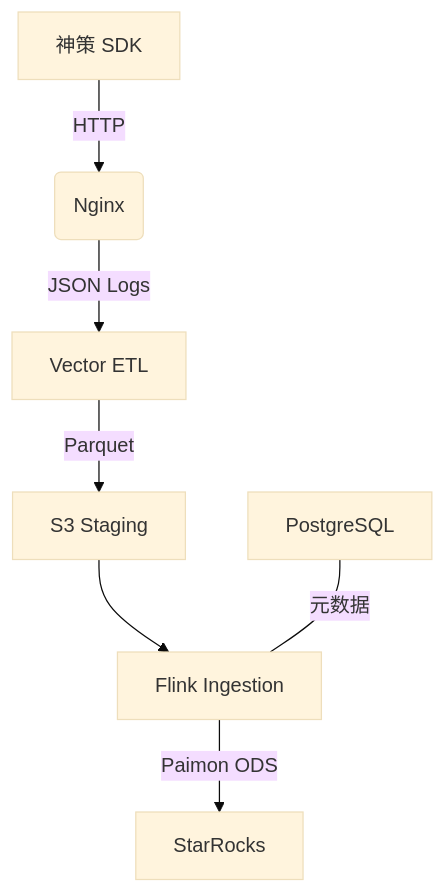
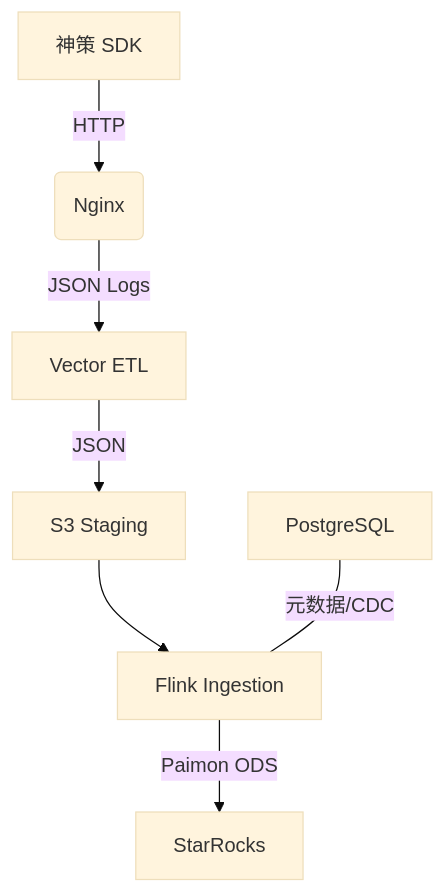
One commit to zhangchengxiang-ctrl/Lakehouse-track changed the diagram in README.md. Above: the diagram before and after it, drawn with Mermaid (base theme). The commit also changed other lines of this file and 36 other files, not shown here.

````diff
--- a/README.md
+++ b/README.md
@@ -14,9 +26,9 @@
 ```mermaid
 graph TD
     A[神策 SDK] -->|HTTP| B(Nginx)
     B -->|JSON Logs| C[Vector ETL]
-    C -->|Parquet| D[S3 Staging]
+    C -->|JSON| D[S3 Staging]
     D --> E[Flink Ingestion]
-    F[PostgreSQL] ---|元数据| E
+    F[PostgreSQL] ---|元数据/CDC| E
     E -->|Paimon ODS| G[StarRocks]
 ```
````
